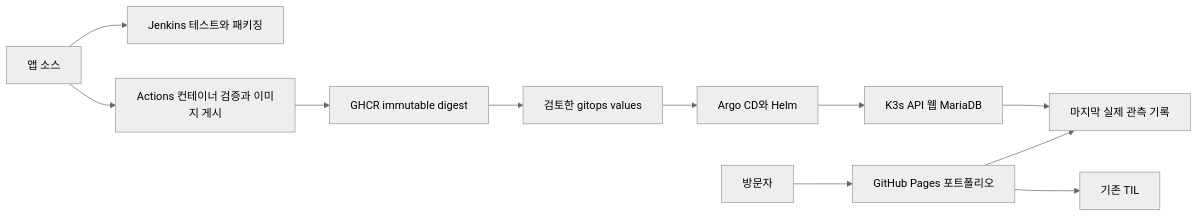
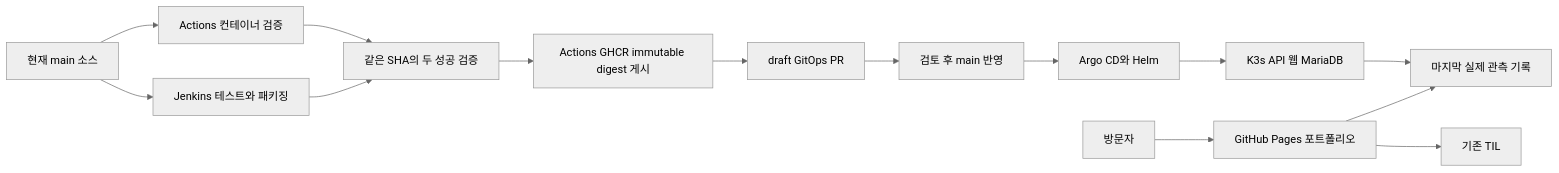
Before and after one commit to DevDooly/devdooly-platform-lab: the diagram in README.md, drawn with Mermaid (neutral theme). The commit also changed other lines of this file and 9 other files, not shown here.

Commit message:
docs: record live CI gate and GitOps digest recovery

````diff
--- a/README.md
+++ b/README.md
@@ -45,13 +45,16 @@
 ```mermaid
 flowchart LR
   V[방문자] --> P[GitHub Pages 포트폴리오]
   P --> O[마지막 실제 관측 기록]
   P --> T[기존 TIL]
-  C[앱 소스] --> J[Jenkins 테스트와 패키징]
-  C --> G[Actions 컨테이너 검증과 이미지 게시]
-  G --> R[GHCR immutable digest]
-  R --> D[검토한 gitops values]
-  D --> A[Argo CD와 Helm]
+  C[현재 main 소스] --> J[Jenkins 테스트와 패키징]
+  C --> G[Actions 컨테이너 검증]
+  J --> V2[같은 SHA의 두 성공 검증]
+  G --> V2
+  V2 --> R[Actions GHCR immutable digest 게시]
+  R --> D[draft GitOps PR]
+  D --> M[검토 후 main 반영]
+  M --> A[Argo CD와 Helm]
   A --> K[K3s API 웹 MariaDB]
   K --> O
 ```
````
